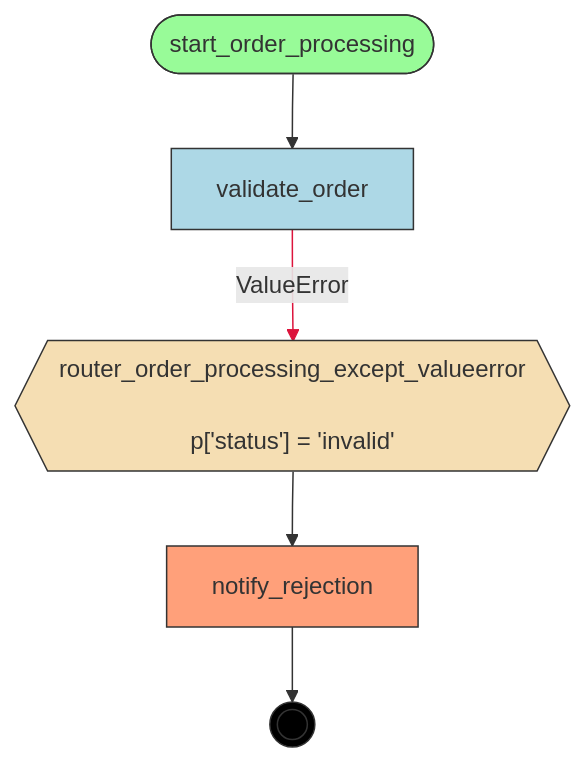
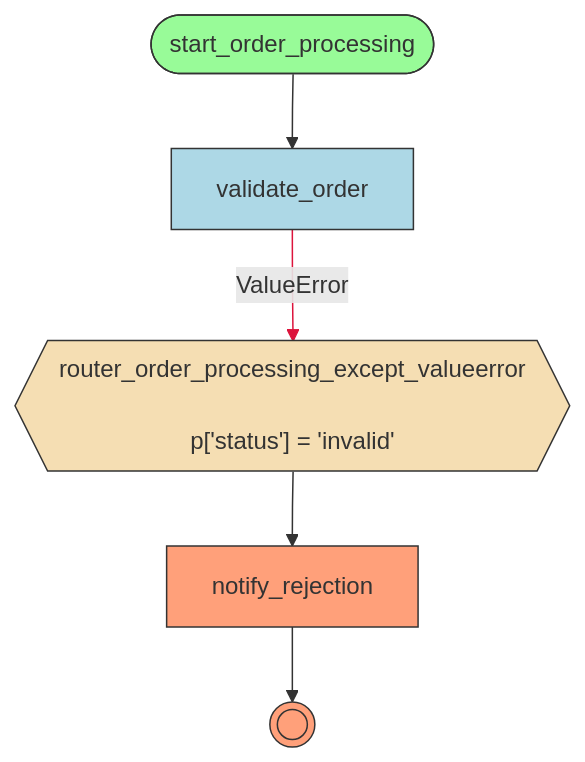
The diagram in examples/flows/compiled/try_except_simple/flow.mmd (deliveryhero/asya), drawn with Mermaid before and after one commit. The commit also changed 918 other files, not shown here.

Commit message:
chore: recompile example flows with __end__ node and volume mounts

```diff
--- a/examples/flows/compiled/try_except_simple/flow.mmd
+++ b/examples/flows/compiled/try_except_simple/flow.mmd
@@ -1,25 +1,24 @@
 flowchart TD
     %% Flow: order_processing
 
     notify_rejection[notify_rejection]
     router_order_processing_except_valueerror{{"router_order_processing_except_valueerror<br/><br/>p['status'] = 'invalid'"}}
     start_order_processing([start_order_processing])
     validate_order[validate_order]
     __end__((( )))
 
     start_order_processing --> validate_order
     router_order_processing_except_valueerror --> notify_rejection
     validate_order -->|"ValueError"| router_order_processing_except_valueerror
     notify_rejection --> __end__
 
     classDef start fill:#98FB98,stroke:#333
     classDef endnode fill:#FFA07A,stroke:#333
     classDef router fill:#F5DEB3,stroke:#333
     classDef handler fill:#ADD8E6,stroke:#333
     classDef endpoint fill:#000,stroke:#333,color:#fff
     class start_order_processing start
-    class notify_rejection endnode
+    class notify_rejection,__end__ endnode
     class router_order_processing_except_valueerror router
     class validate_order handler
-    class __end__ endpoint
     linkStyle 2 stroke:#DC143C
```
